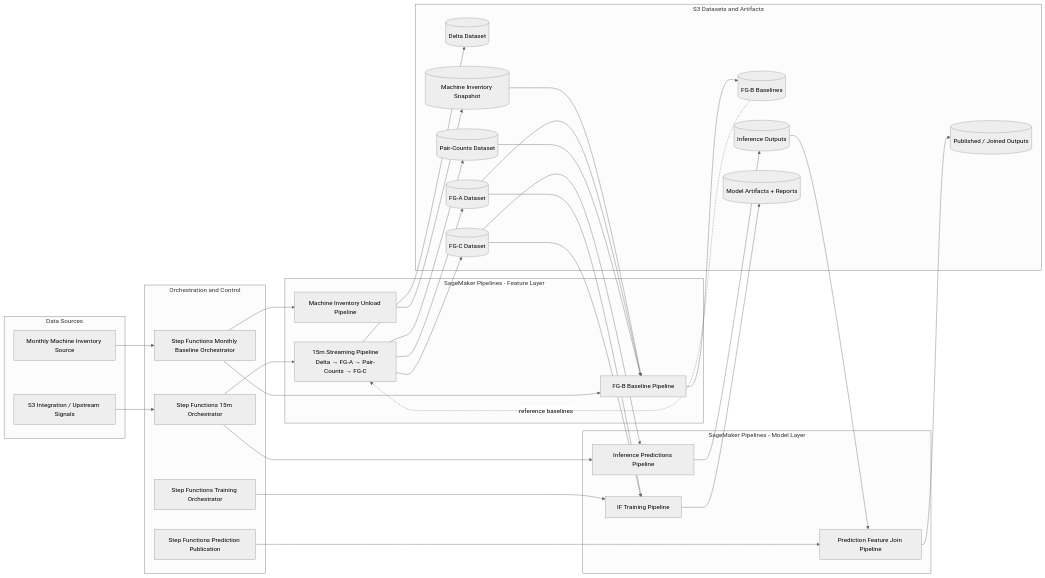
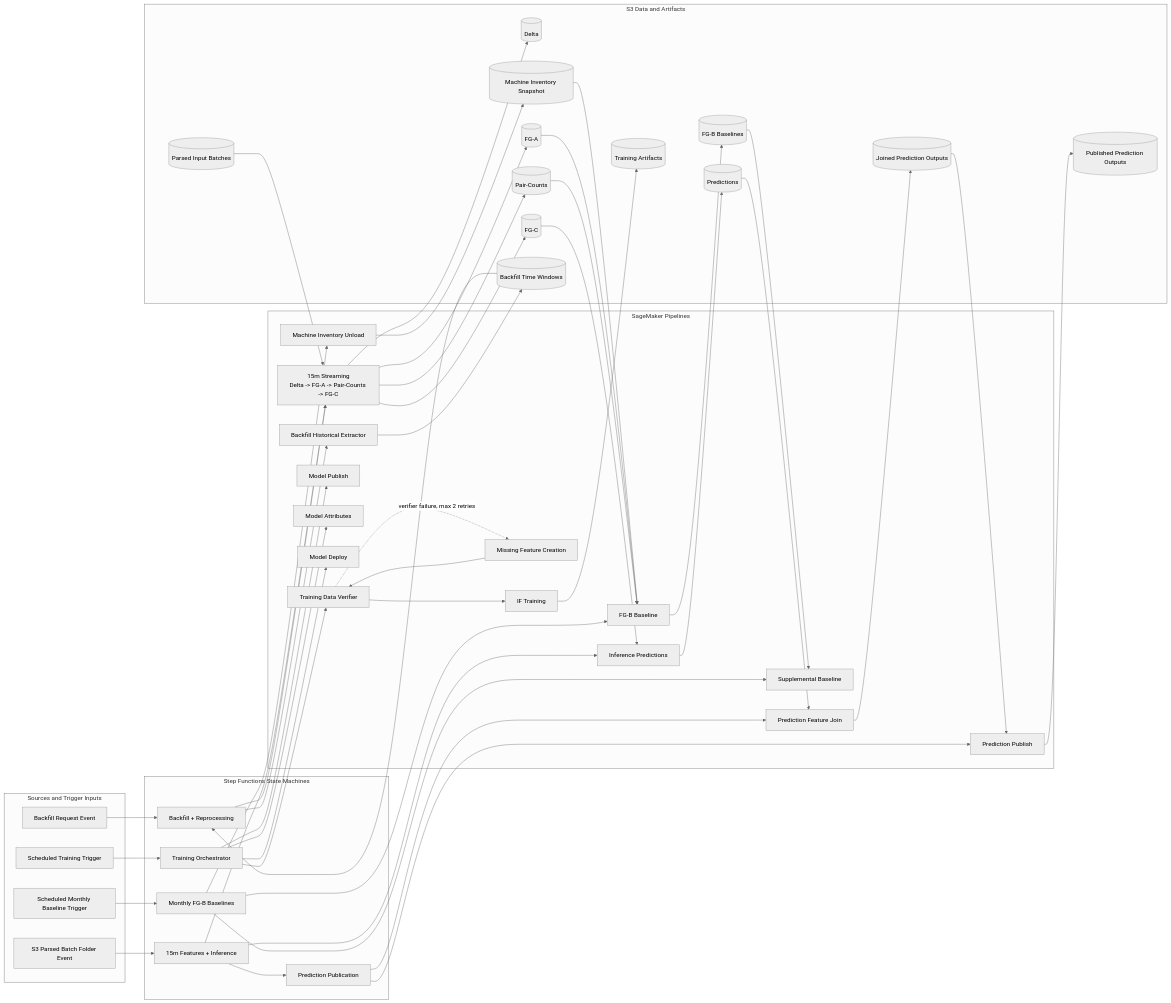
The diagram in ndr_features_pipeline/docs/architecture/diagrams/pipeline_flow.md (eyal-ran/ndr_features_pipeline), drawn with Mermaid (neutral theme) before and after one commit. The commit also changed other lines of this file and 8 other files, not shown here.

````diff
--- a/ndr_features_pipeline/docs/architecture/diagrams/pipeline_flow.md
+++ b/ndr_features_pipeline/docs/architecture/diagrams/pipeline_flow.md
@@ -3,71 +5,97 @@
 ```mermaid
 flowchart LR
-    subgraph Sources[Data Sources]
-        A1[S3 Integration / Upstream Signals]
-        A2[Monthly Machine Inventory Source]
+    subgraph Sources[Sources and Trigger Inputs]
+        A1[S3 Parsed Batch Folder Event]
+        A2[Scheduled Monthly Baseline Trigger]
+        A3[Scheduled Training Trigger]
+        A4[Backfill Request Event]
     end
 
-    subgraph Orchestration[Orchestration and Control]
-        B1[Step Functions 15m Orchestrator]
-        B2[Step Functions Monthly Baseline Orchestrator]
-        B3[Step Functions Training Orchestrator]
-        B4[Step Functions Prediction Publication]
+    subgraph Orchestration[Step Functions State Machines]
+        B1[15m Features + Inference]
+        B2[Monthly FG-B Baselines]
+        B3[Training Orchestrator]
+        B4[Prediction Publication]
+        B5[Backfill + Reprocessing]
     end
 
-    subgraph FeaturePipelines[SageMaker Pipelines - Feature Layer]
-        C1[15m Streaming Pipeline\nDelta → FG-A → Pair-Counts → FG-C]
-        C2[FG-B Baseline Pipeline]
-        C3[Machine Inventory Unload Pipeline]
+    subgraph Pipelines[SageMaker Pipelines]
+        C1[15m Streaming\nDelta -> FG-A -> Pair-Counts -> FG-C]
+        C2[Inference Predictions]
+        C3[Machine Inventory Unload]
+        C4[FG-B Baseline]
+        C5[Supplemental Baseline]
+        C6[Prediction Feature Join]
+        C7[Prediction Publish]
+        C8[Training Data Verifier]
+        C9[Missing Feature Creation]
+        C10[IF Training]
+        C11[Model Publish]
+        C12[Model Attributes]
+        C13[Model Deploy]
+        C14[Backfill Historical Extractor]
     end
 
-    subgraph ModelPipelines[SageMaker Pipelines - Model Layer]
-        D1[Inference Predictions Pipeline]
-        D2[IF Training Pipeline]
-        D3[Prediction Feature Join Pipeline]
-    end
-
-    subgraph Storage[S3 Datasets and Artifacts]
-        E1[(Delta Dataset)]
-        E2[(FG-A Dataset)]
-        E3[(Pair-Counts Dataset)]
-        E4[(FG-B Baselines)]
-        E5[(FG-C Dataset)]
-        E6[(Inference Outputs)]
-        E7[(Published / Joined Outputs)]
-        E8[(Model Artifacts + Reports)]
-        E9[(Machine Inventory Snapshot)]
+    subgraph Data[S3 Data and Artifacts]
+        D1[(Parsed Input Batches)]
+        D2[(Delta)]
+        D3[(FG-A)]
+        D4[(Pair-Counts)]
+        D5[(FG-B Baselines)]
+        D6[(FG-C)]
+        D7[(Predictions)]
+        D8[(Joined Prediction Outputs)]
+        D9[(Published Prediction Outputs)]
+        D10[(Training Artifacts)]
+        D11[(Machine Inventory Snapshot)]
+        D12[(Backfill Time Windows)]
     end
 
     A1 --> B1
     A2 --> B2
+    A3 --> B3
+    A4 --> B5
 
+    D1 --> C1
     B1 --> C1
-    C1 --> E1
-    C1 --> E2
-    C1 --> E3
-    C1 --> E5
+    C1 --> D2
+    C1 --> D3
+    C1 --> D4
+    C1 --> D6
+
+    B1 --> C2
+    D6 --> C2
+    C2 --> D7
+
+    B1 --> B4
+    B4 --> C6
+    D7 --> C6
+    C6 --> D8
+    B4 --> C7
+    D8 --> C7
+    C7 --> D9
 
     B2 --> C3
-    C3 --> E9
-    E9 --> C2
+    C3 --> D11
+    B2 --> C4
+    D11 --> C4
+    D3 --> C4
+    D4 --> C4
+    C4 --> D5
+    B2 --> C5
+    D5 --> C5
 
-    B2 --> C2
-    E2 --> C2
-    E3 --> C2
-    C2 --> E4
+    B3 --> C8
+    C8 --> C10
+    C8 -. verifier failure, max 2 retries .-> C9
+    C9 --> C8
+    C10 --> D10
+    B3 --> C11
+    B3 --> C12
+    B3 --> C13
 
-    B1 --> D1
-    E5 --> D1
-    D1 --> E6
-
-    B4 --> D3
-    E6 --> D3
-    D3 --> E7
-
-    B3 --> D2
-    E2 --> D2
-    E5 --> D2
-    D2 --> E8
-
-    E4 -. reference baselines .-> C1
+    B5 --> C14
+    C14 --> D12
+    D12 --> B5
+    B5 --> C1
 ```
````
